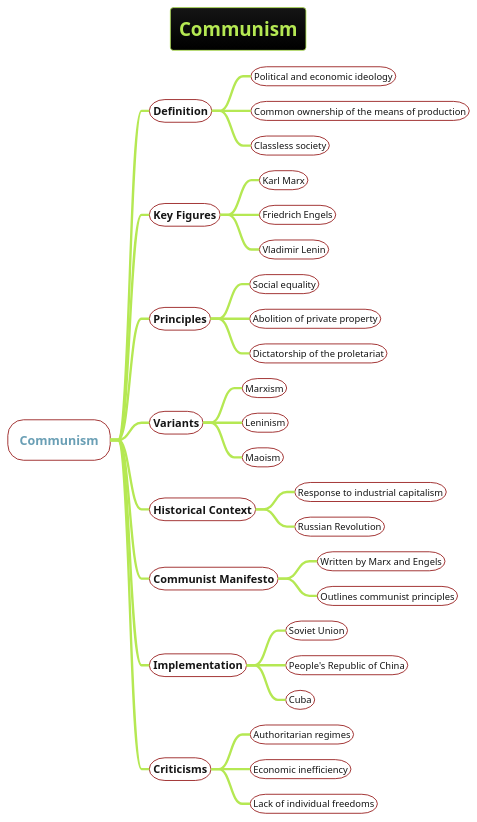
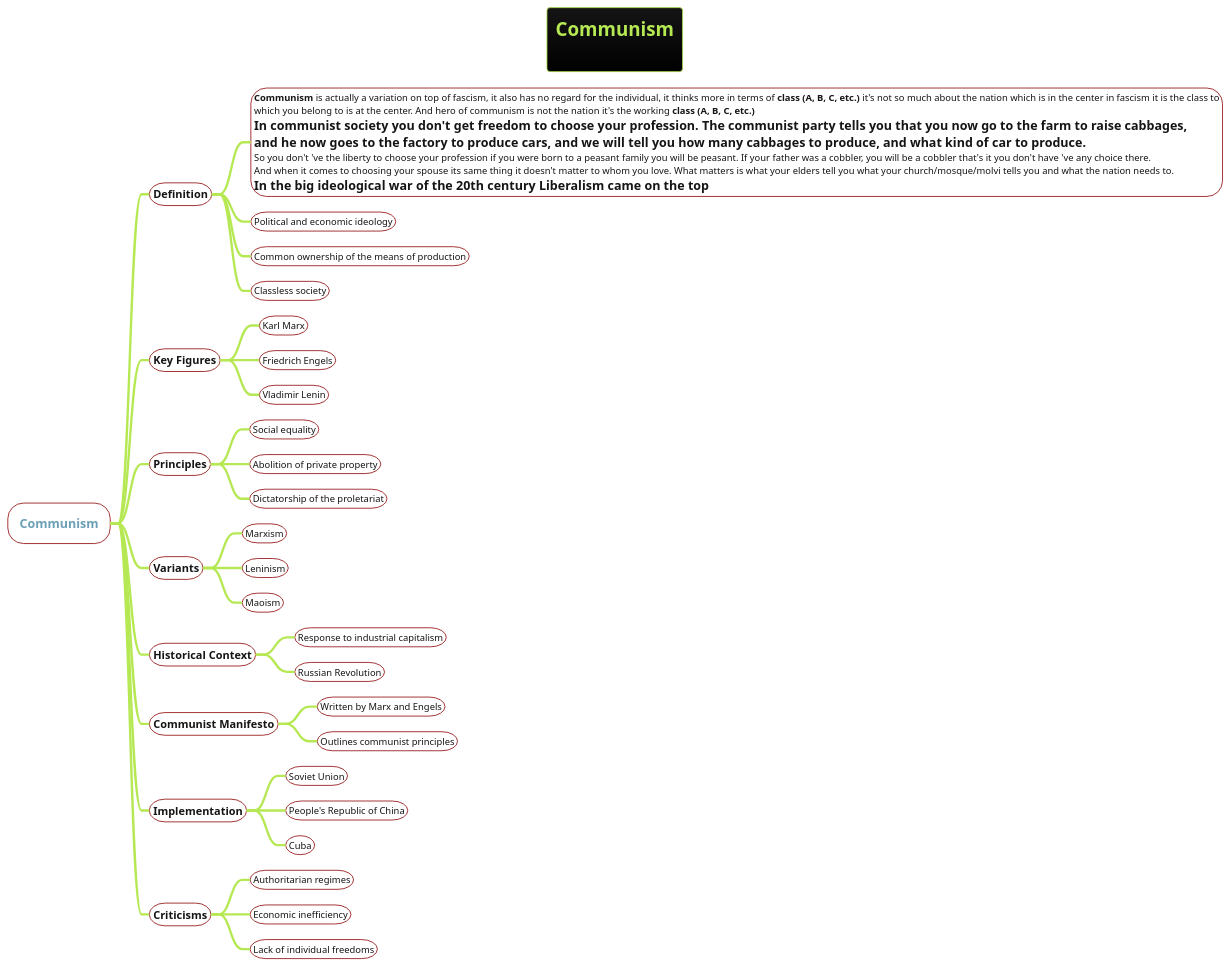
The diagram in docs/books/politics/political-ideologies-and-economic-systems/Communism.puml (MehmoodHashmi/Documentation-as-Code-DaC), drawn with PlantUML before and after one commit. The commit also changed 1 other file, not shown here.

```diff
--- a/docs/books/politics/political-ideologies-and-economic-systems/Communism.puml
+++ b/docs/books/politics/political-ideologies-and-economic-systems/Communism.puml
@@ -1,47 +1,56 @@
 @startmindmap
-title =Communism
+title =Communism\n
+
 !theme hacker
+
 skinparam node {
     BackgroundColor LightRed
     BorderColor DarkRed
 }
 
 * Communism
 ** Definition
+***:**Communism** is actually a variation on top of fascism, it also has no regard for the individual, it thinks more in terms of **class (A, B, C, etc.)** it's not so much about the nation which is in the center in fascism it is the class to
+which you belong to is at the center. And hero of communism is not the nation it's the working **class (A, B, C, etc.)**
+= In communist society you don't get freedom to choose your profession. The communist party tells you that you now go to the farm to raise cabbages,
+=and he now goes to the factory to produce cars, and we will tell you how many cabbages to produce, and what kind of car to produce.
+So you don't 've the liberty to choose your profession if you were born to a peasant family you will be peasant. If your father was a cobbler, you will be a cobbler that's it you don't have 've any choice there.
+And when it comes to choosing your spouse its same thing it doesn't matter to whom you love. What matters is what your elders tell you what your church/mosque/molvi tells you and what the nation needs to.
+= In the big ideological war of the 20th century Liberalism came on the top;
 *** Political and economic ideology
 *** Common ownership of the means of production
 *** Classless society
 
 ** Key Figures
 *** Karl Marx
 *** Friedrich Engels
 *** Vladimir Lenin
 
 ** Principles
 *** Social equality
 *** Abolition of private property
 *** Dictatorship of the proletariat
 
 ** Variants
 *** Marxism
 *** Leninism
 *** Maoism
 
 ** Historical Context
 *** Response to industrial capitalism
 *** Russian Revolution
 
 ** Communist Manifesto
 *** Written by Marx and Engels
 *** Outlines communist principles
 
 ** Implementation
 *** Soviet Union
 *** People's Republic of China
 *** Cuba
 
 ** Criticisms
 *** Authoritarian regimes
 *** Economic inefficiency
 *** Lack of individual freedoms
 @endmindmap
```
